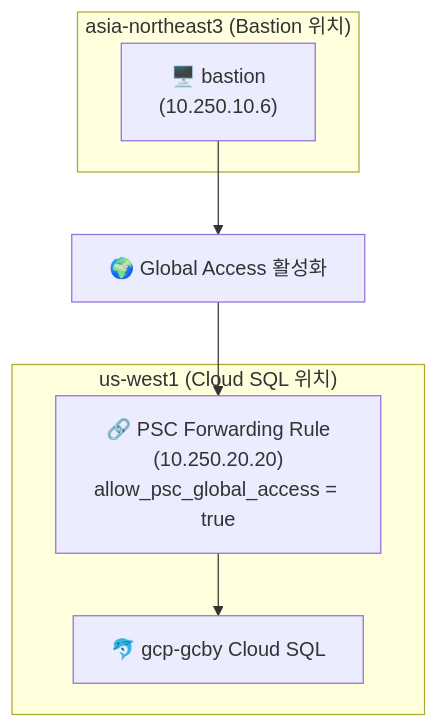
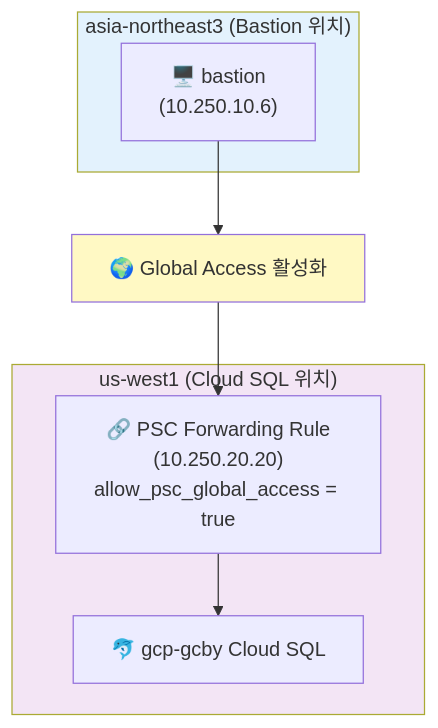
Before and after one commit to JSJ2337/GCP_terraform_code: the eighth of 9 diagrams in terraform_gcp_infra/docs/architecture/network-design.md, drawn with Mermaid. The commit also changed other lines of this file and 4 other files, not shown here.

First line of the commit message:
fix: Mermaid style 라인 분리로 텍스트 겹침 문제 해결

````diff
--- a/terraform_gcp_infra/docs/architecture/network-design.md
+++ b/terraform_gcp_infra/docs/architecture/network-design.md
@@ -1039,20 +1057,22 @@
 ```mermaid
 %%{init: {'theme': 'default'}}%%
 flowchart TB
     subgraph ASIA["asia-northeast3 (Bastion 위치)"]
         BASTION_G["🖥️ bastion<br/>(10.250.10.6)"]
     end
 
     GLOBAL["🌍 Global Access 활성화"]
 
     subgraph USWEST["us-west1 (Cloud SQL 위치)"]
         PSC_FR["🔗 PSC Forwarding Rule<br/>(10.250.20.20)<br/>allow_psc_global_access = true"]
         SQL_G["🐬 gcp-gcby Cloud SQL"]
     end
 
     BASTION_G --> GLOBAL
     GLOBAL --> PSC_FR
     PSC_FR --> SQL_G
 
-    style ASIA fill:#e3f2fd    style USWEST fill:#f3e5f5    style GLOBAL fill:#fff9c4
+    style ASIA fill:#e3f2fd
+    style USWEST fill:#f3e5f5
+    style GLOBAL fill:#fff9c4
 ```
````
